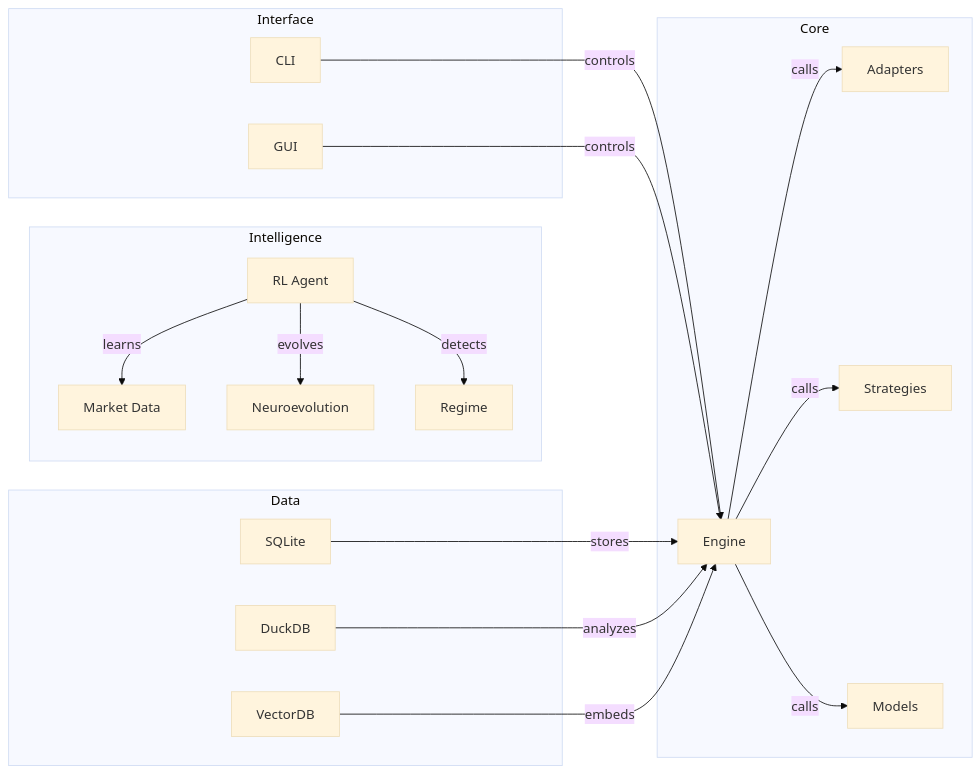
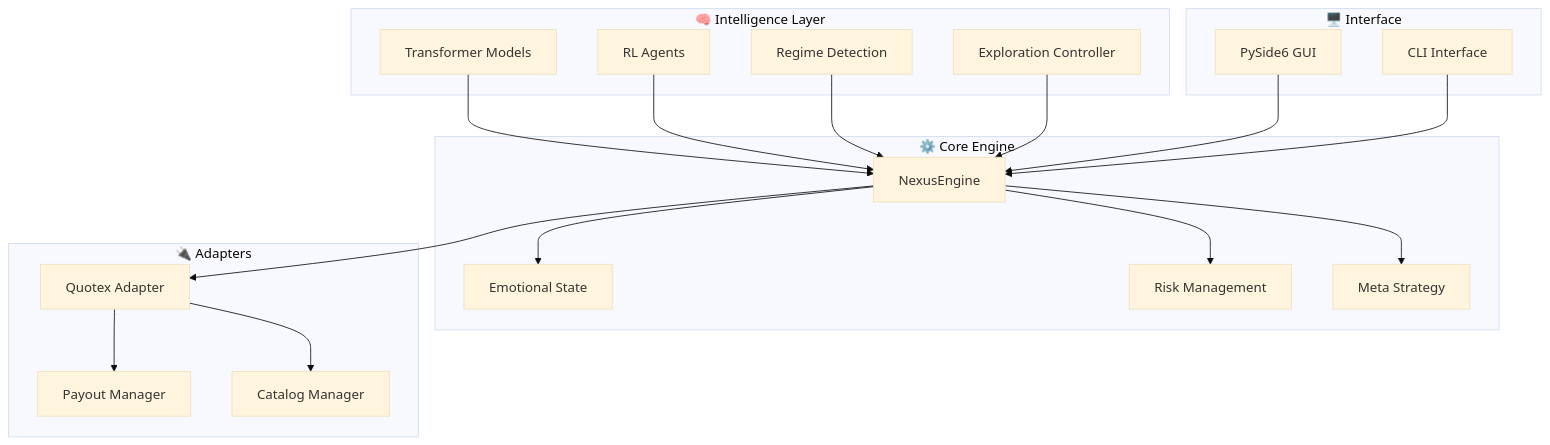
The first of 2 diagrams in README.md (ItzSwapnil/NEXUS), drawn with Mermaid (base theme) before and after one commit. The commit also changed other lines of this file and 43 other files, not shown here.

First line of the commit message:
docs: consolidate architecture docs and update README

````diff
--- a/README.md
+++ b/README.md
@@ -111,22 +37,40 @@
 ```mermaid
-graph LR;
-    subgraph Core
-      A1[Engine] --calls--> A2[Adapters]
-      A1 --calls--> A3[Strategies]
-      A1 --calls--> A4[Models]
+graph TB
+    subgraph "🧠 Intelligence Layer"
+        T[Transformer Models]
+        RL[RL Agents]
+        RD[Regime Detection]
+        E[Exploration Controller]
     end
-    subgraph Intelligence
-      B1[RL Agent] --learns--> B2[Market Data]
-      B1 --evolves--> B3[Neuroevolution]
-      B1 --detects--> B4[Regime]
+    
+    subgraph "⚙️ Core Engine"
+        NE[NexusEngine]
+        ES[Emotional State]
+        RM[Risk Management]
+        MS[Meta Strategy]
     end
-    subgraph Interface
-      C1[CLI] --controls--> A1
-      C2[GUI] --controls--> A1
+    
+    subgraph "🔌 Adapters"
+        QA[Quotex Adapter]
+        PA[Payout Manager]
+        CA[Catalog Manager]
     end
-    subgraph Data
-      D1[SQLite] --stores--> A1
-      D2[DuckDB] --analyzes--> A1
-      D3[VectorDB] --embeds--> A1
+    
+    subgraph "🖥️ Interface"
+        GUI[PySide6 GUI]
+        CLI[CLI Interface]
     end
+    
+    T --> NE
+    RL --> NE
+    RD --> NE
+    E --> NE
+    NE --> ES
+    NE --> RM
+    NE --> MS
+    NE --> QA
+    QA --> PA
+    QA --> CA
+    GUI --> NE
+    CLI --> NE
 ```
````
